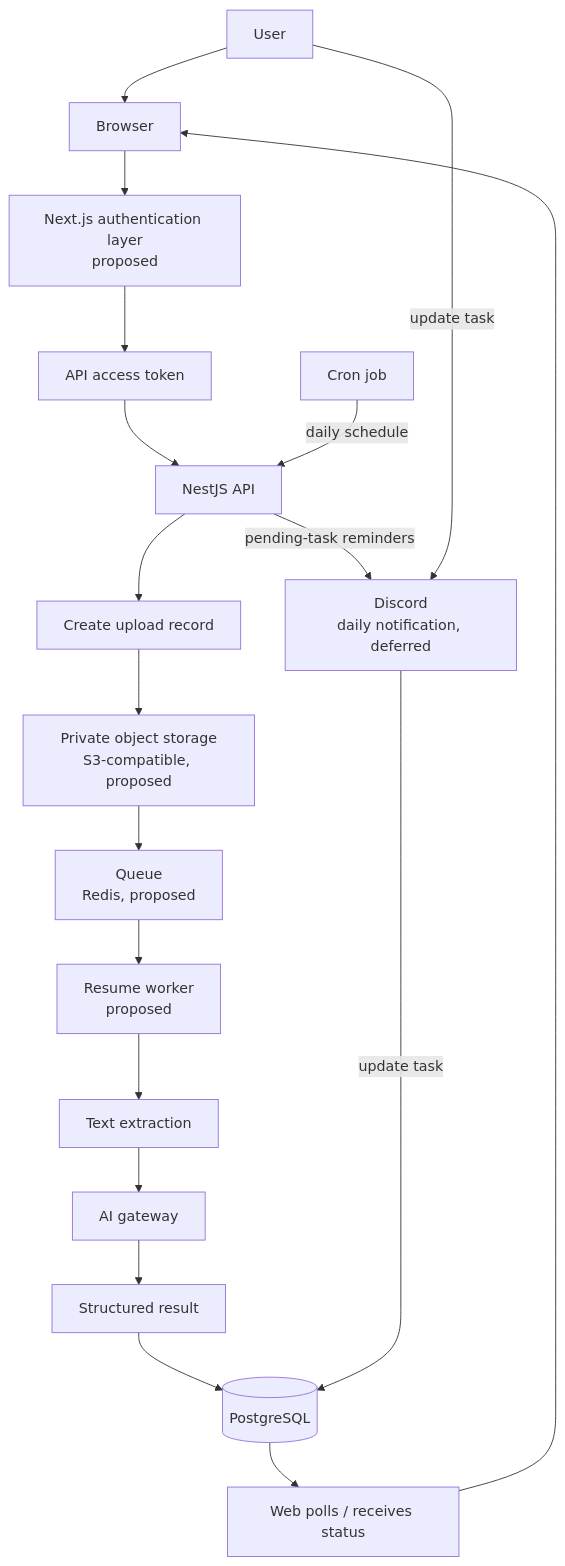
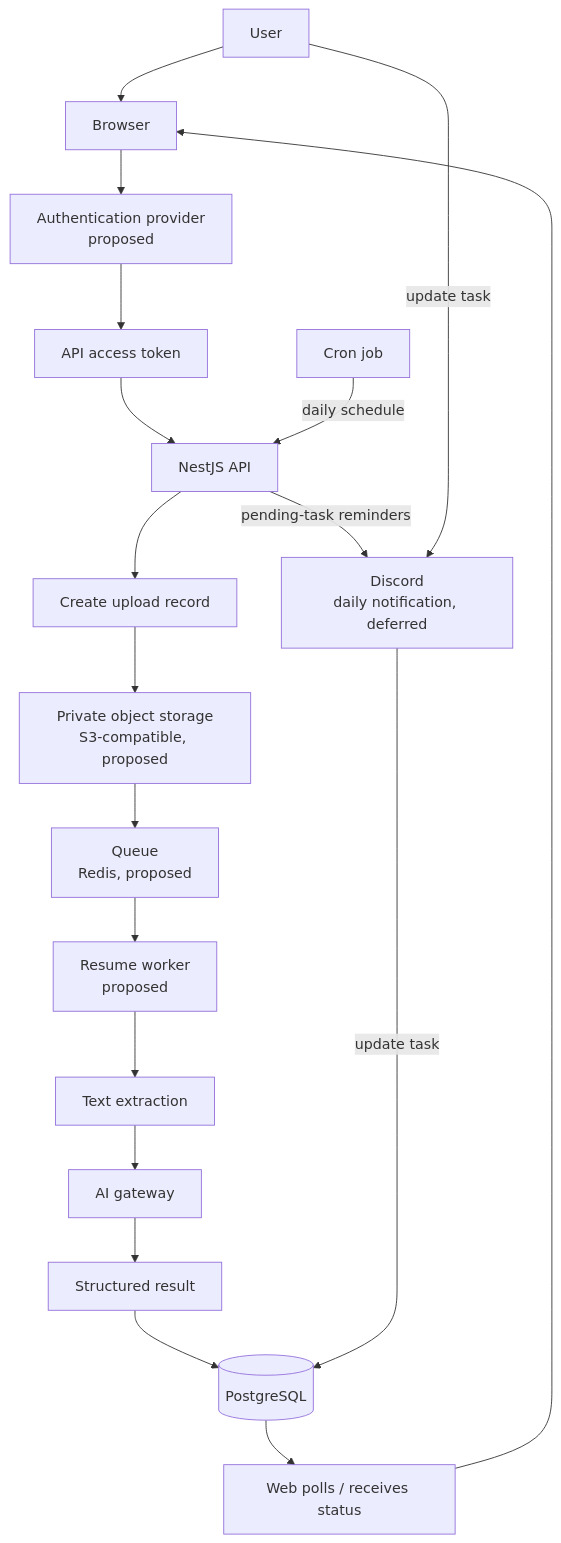
The diagram in docs/architecture/system-design.md (neerajram30/carrier-switch-assistant), drawn with Mermaid before and after one commit. The commit also changed other lines of this file and 1 other file, not shown here.

````diff
--- a/docs/architecture/system-design.md
+++ b/docs/architecture/system-design.md
@@ -139,26 +139,26 @@
 ```mermaid
 flowchart TB
     User[User]
     Browser[Browser]
-    AuthLayer[Next.js authentication layer<br/>proposed]
+    AuthLayer[Authentication provider<br/>proposed]
     AccessToken[API access token]
     API[NestJS API]
     UploadRecord[Create upload record]
     Storage[Private object storage<br/>S3-compatible, proposed]
     Queue[Queue<br/>Redis, proposed]
     Worker[Resume worker<br/>proposed]
     Extraction[Text extraction]
     Gateway[AI gateway]
     Result[Structured result]
     Database[(PostgreSQL)]
     Status[Web polls / receives status]
     Cron[Cron job]
     Discord[Discord<br/>daily notification, deferred]
 
     User --> Browser --> AuthLayer --> AccessToken --> API --> UploadRecord --> Storage --> Queue --> Worker --> Extraction --> Gateway --> Result --> Database --> Status
     Status --> Browser
     Cron -->|daily schedule| API
     API -->|pending-task reminders| Discord
     User -->|update task| Discord
     Discord -->|update task| Database
 ```
````
